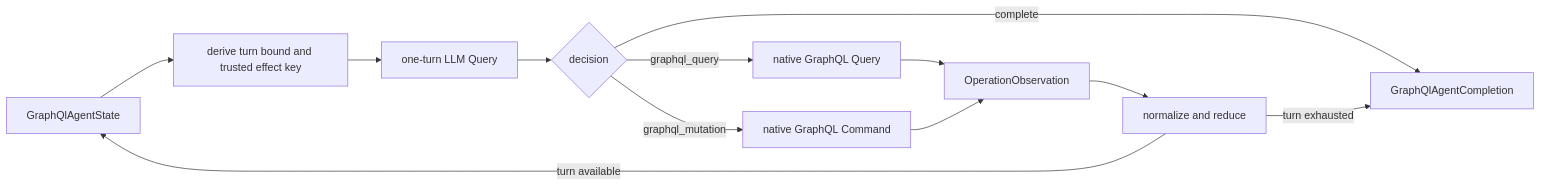
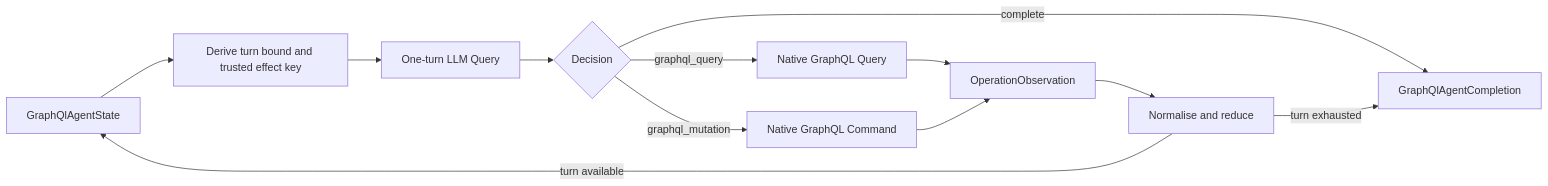
The diagram in docs/develop/extension/graphql-connector.md (The-Pipeline-Framework/pipelineframework), drawn with Mermaid before and after one commit. The commit also changed other lines of this file and 278 other files, not shown here.

````diff
--- a/docs/develop/extension/graphql-connector.md
+++ b/docs/develop/extension/graphql-connector.md
@@ -141,14 +142,14 @@
 ```mermaid
 flowchart LR
-    S[GraphQlAgentState] --> B[derive turn bound and trusted effect key]
-    B --> L[one-turn LLM Query]
-    L --> D{decision}
-    D -->|graphql_query| Q[native GraphQL Query]
-    D -->|graphql_mutation| C[native GraphQL Command]
+    S[GraphQlAgentState] --> B[Derive turn bound and trusted effect key]
+    B --> L[One-turn LLM Query]
+    L --> D{Decision}
+    D -->|graphql_query| Q[Native GraphQL Query]
+    D -->|graphql_mutation| C[Native GraphQL Command]
     D -->|complete| R[GraphQlAgentCompletion]
     Q --> O[OperationObservation]
     C --> O
-    O --> N[normalize and reduce]
+    O --> N[Normalise and reduce]
     N -->|turn available| S
     N -->|turn exhausted| R
 ```
````
